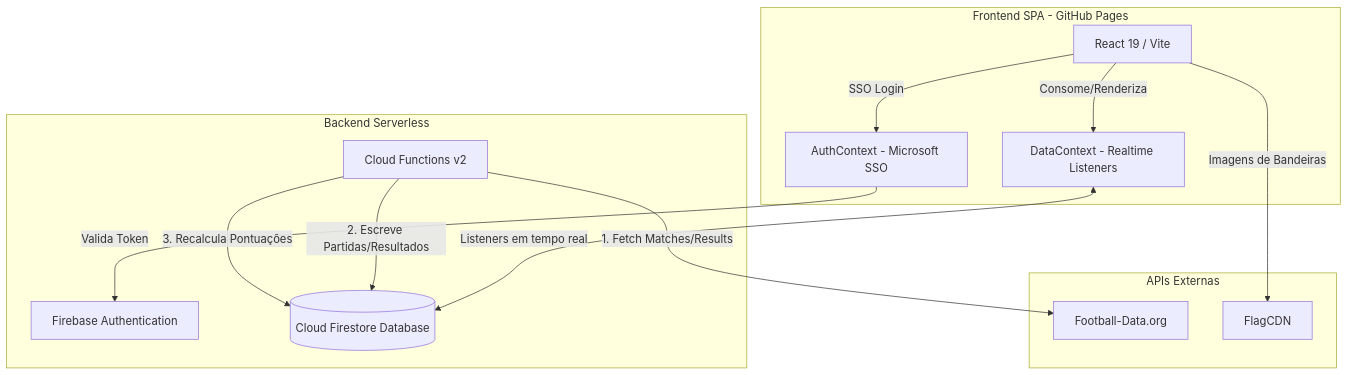
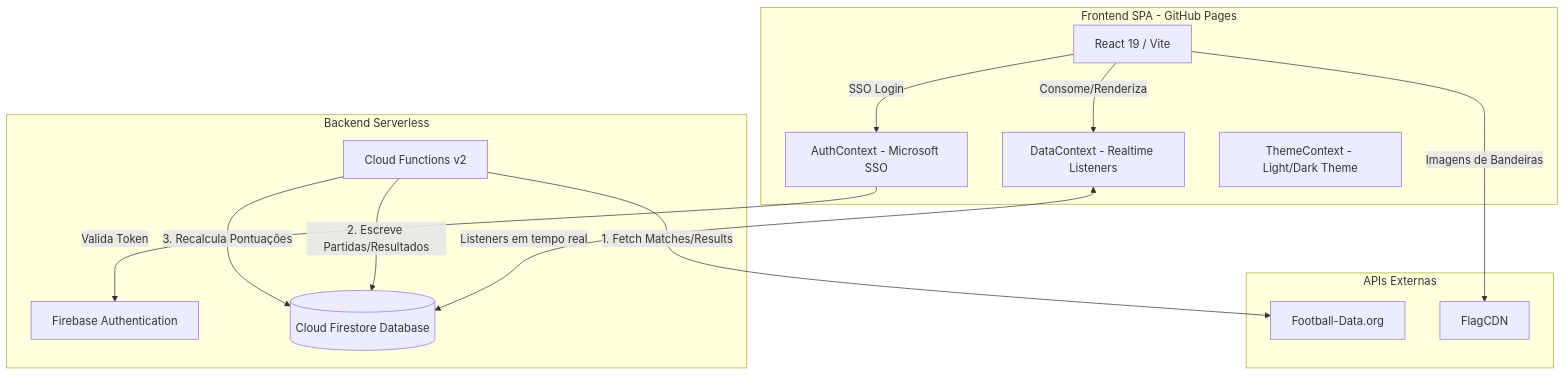
One commit to jocimarspi/copa2026-bolao changed the diagram in .context/architecture.md. Above: the diagram before and after it, drawn with Mermaid. The commit also changed other lines of this file and 2 other files, not shown here.

First line of the commit message:
docs(context): sync documentation with dual theme, reset script, and fetch retry updates

````diff
--- a/.context/architecture.md
+++ b/.context/architecture.md
@@ -7,31 +7,32 @@
 ```mermaid
 graph TD
     subgraph Cliente [Frontend SPA - GitHub Pages]
         React[React 19 / Vite]
         AuthContext[AuthContext - Microsoft SSO]
         DataContext[DataContext - Realtime Listeners]
+        ThemeContext[ThemeContext - Light/Dark Theme]
     end
 
     subgraph Firebase [Backend Serverless]
         Auth[Firebase Authentication]
         Firestore[(Cloud Firestore Database)]
         Functions[Cloud Functions v2]
     end
 
     subgraph Externo [APIs Externas]
         FootballAPI[Football-Data.org]
         FlagCDN[FlagCDN]
     end
 
     %% Relações de Autenticação e Dados
     React -->|SSO Login| AuthContext
     AuthContext -->|Valida Token| Auth
     React -->|Consome/Renderiza| DataContext
     DataContext <-->|Listeners em tempo real| Firestore
 
     %% Integrações de Terceiros e Backend
     Functions -->|1. Fetch Matches/Results| FootballAPI
     Functions -->|2. Escreve Partidas/Resultados| Firestore
     Functions -->|3. Recalcula Pontuações| Firestore
     React -->|Imagens de Bandeiras| FlagCDN
 ```
````
